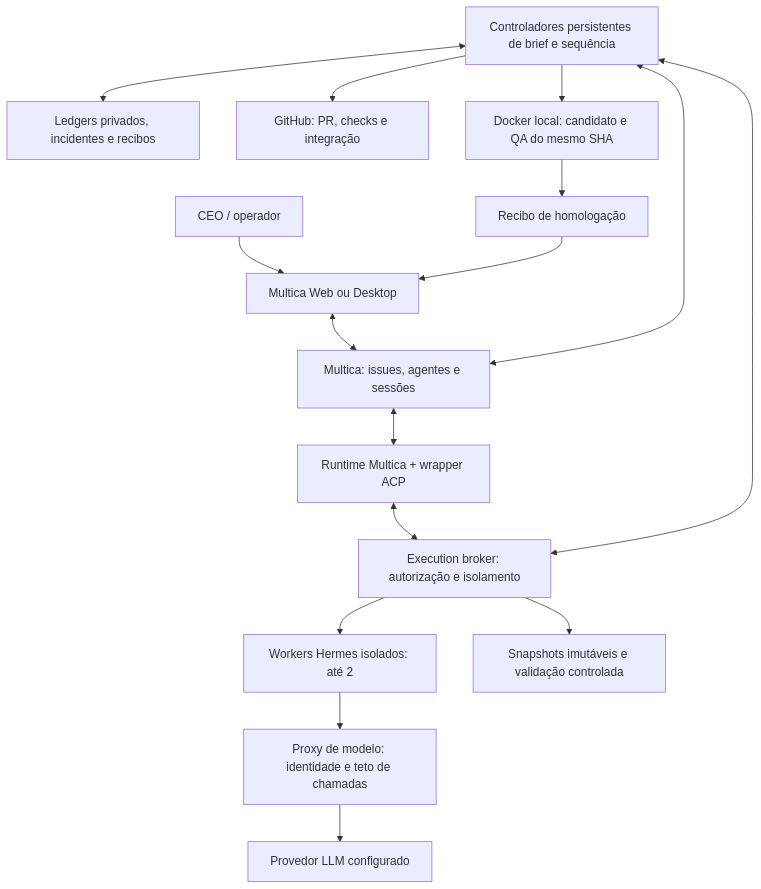
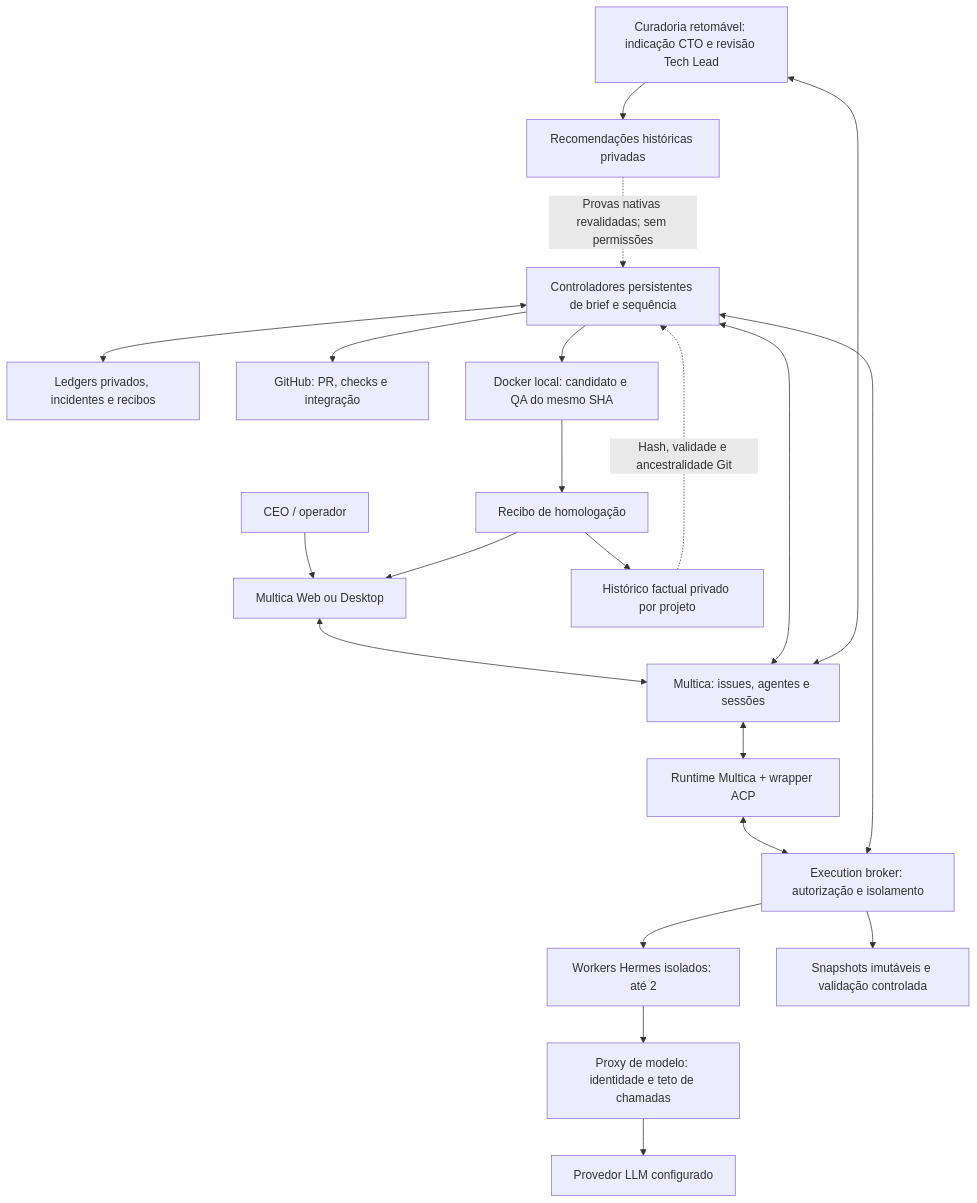
The first of 3 diagrams in README.md (codifydeep/fabriquinha), drawn with Mermaid before and after one commit. The commit also changed other lines of this file and 8 other files, not shown here.

````diff
--- a/README.md
+++ b/README.md
@@ -148,18 +153,23 @@
 ```mermaid
 flowchart TB
     CEO[CEO / operador] --> UI[Multica Web ou Desktop]
     UI <--> MC[Multica: issues, agentes e sessões]
     MC <--> RT[Runtime Multica + wrapper ACP]
     RT <--> B[Execution broker: autorização e isolamento]
     S[Controladores persistentes de brief e sequência] <--> MC
     S <--> B
     S <--> L[Ledgers privados, incidentes e recibos]
     B --> W[Workers Hermes isolados: até 2]
     W --> P[Proxy de modelo: identidade e teto de chamadas]
     P --> M[Provedor LLM configurado]
     B --> E[Snapshots imutáveis e validação controlada]
     S --> GH[GitHub: PR, checks e integração]
     S --> QA[Docker local: candidato e QA do mesmo SHA]
     QA --> R[Recibo de homologação]
     R --> UI
+    R --> HF[Histórico factual privado por projeto]
+    HF -.->|Hash, validade e ancestralidade Git| S
+    C[Curadoria retomável: indicação CTO e revisão Tech Lead] <--> MC
+    C --> K[Recomendações históricas privadas]
+    K -.->|Provas nativas revalidadas; sem permissões| S
 ```
````
